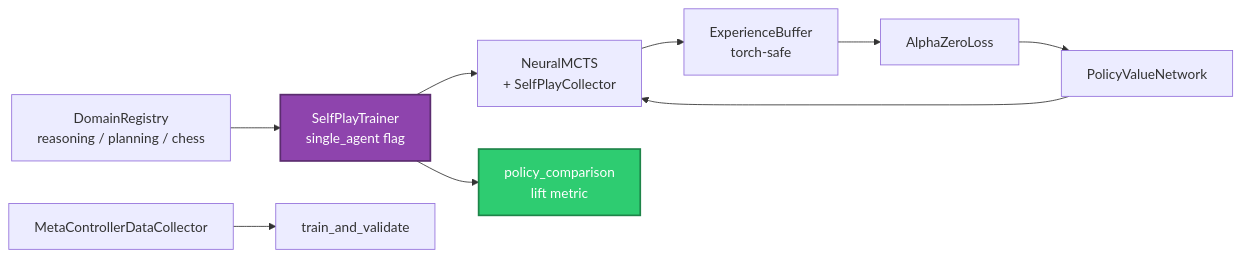
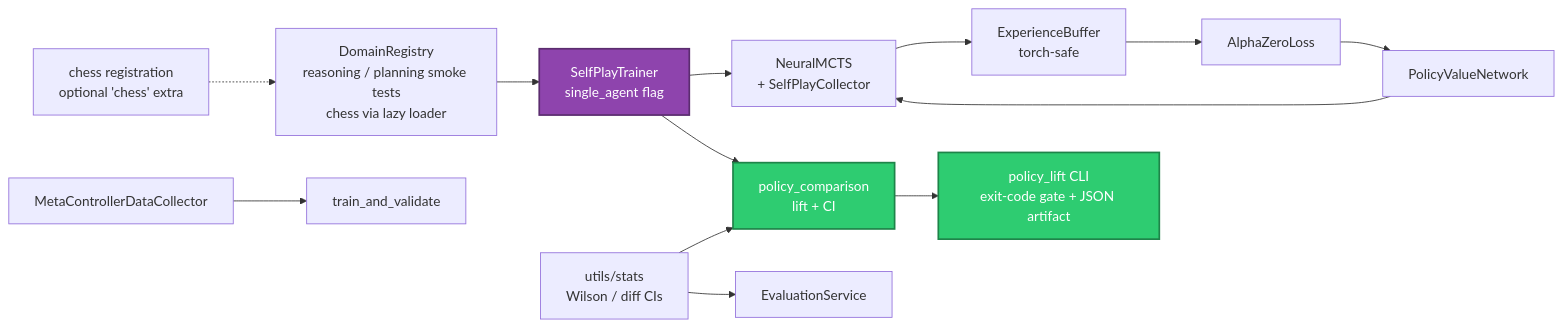
Before and after one commit to ianshank/Strategos-MCTS: the sixth of 6 diagrams in docs/C4_ARCHITECTURE.md, drawn with Mermaid. The commit also changed other lines of this file and 8 other files, not shown here.

First line of the commit message:
docs: sync C4/CHANGELOG/.gitignore with the M5 gate; harden CLI per review

````diff
--- a/docs/C4_ARCHITECTURE.md
+++ b/docs/C4_ARCHITECTURE.md
@@ -375,13 +375,18 @@
 ```mermaid
 graph LR
-    Registry[DomainRegistry<br/>reasoning / planning / chess] --> Trainer[SelfPlayTrainer<br/>single_agent flag]
+    Registry[DomainRegistry<br/>reasoning / planning smoke tests<br/>chess via lazy loader] --> Trainer[SelfPlayTrainer<br/>single_agent flag]
+    ChessReg[chess registration<br/>optional 'chess' extra] -.-> Registry
     Trainer --> NMCTS[NeuralMCTS<br/>+ SelfPlayCollector]
     NMCTS --> Buffer[ExperienceBuffer<br/>torch-safe]
     Buffer --> Loss[AlphaZeroLoss]
     Loss --> Net[PolicyValueNetwork]
     Net --> NMCTS
-    Trainer --> Bench[policy_comparison<br/>lift metric]
+    Trainer --> Bench[policy_comparison<br/>lift + CI]
+    Stats[utils/stats<br/>Wilson / diff CIs] --> Bench
+    Stats --> Eval[EvaluationService]
+    Bench --> CLI[policy_lift CLI<br/>exit-code gate + JSON artifact]
     MCtrl[MetaControllerDataCollector] --> MCtrlTrain[train_and_validate]
     style Trainer fill:#8E44AD,stroke:#5B2C6F,stroke-width:2px,color:#fff
     style Bench fill:#2ECC71,stroke:#1E8449,stroke-width:2px,color:#fff
+    style CLI fill:#2ECC71,stroke:#1E8449,stroke-width:2px,color:#fff
 ```
````
